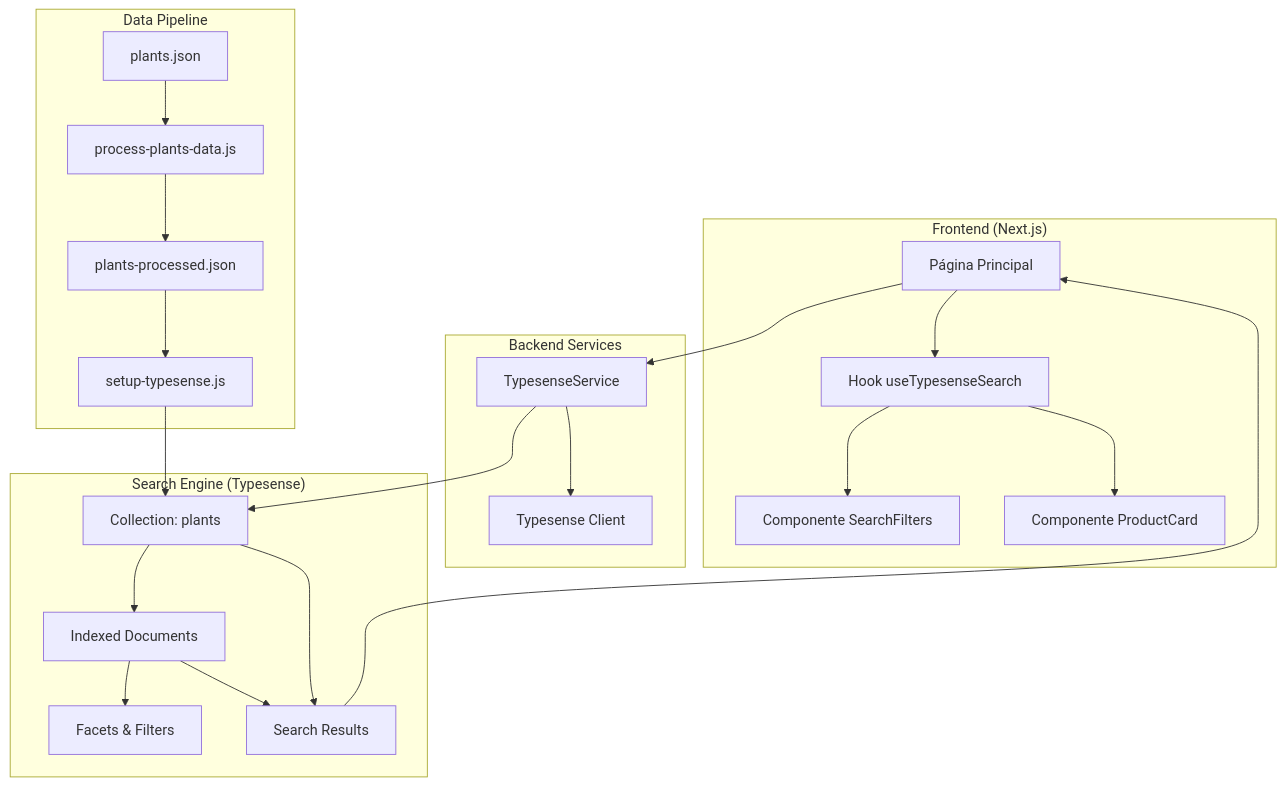
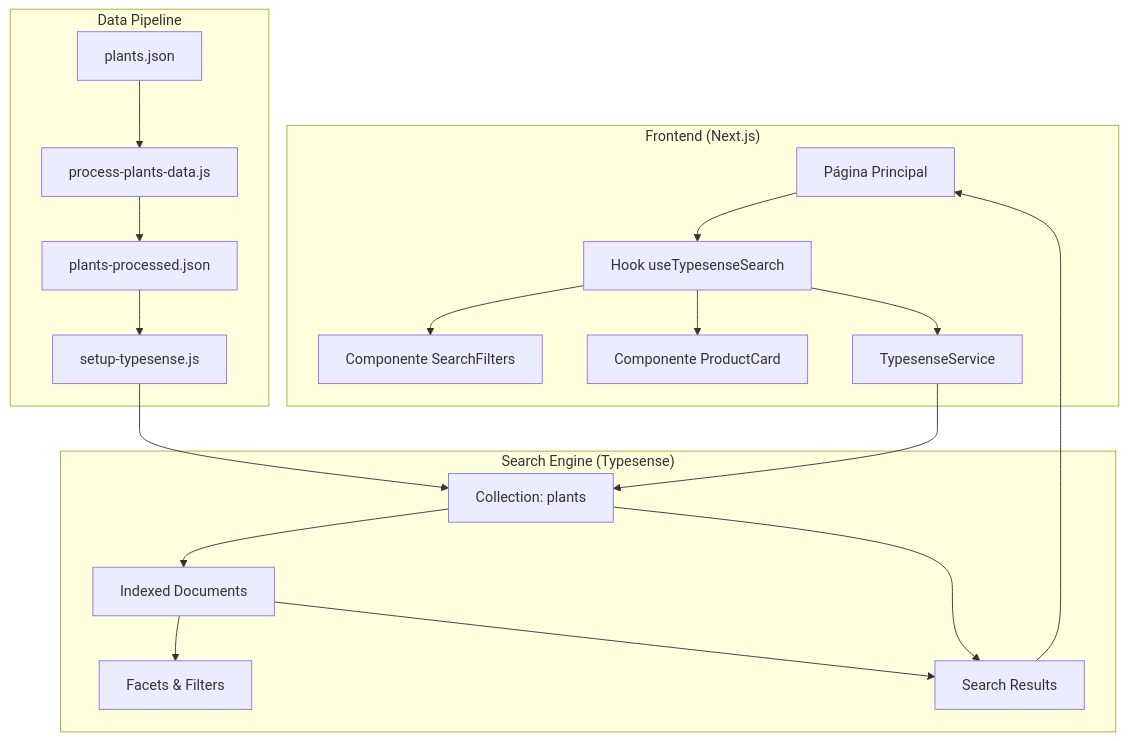
One commit to Guidotss/typesense-poc changed the first of 4 diagrams in README.md. Above: the diagram before and after it, drawn with Mermaid. The commit also changed other lines of this file, not shown here.

Commit message:
Update README.md to clarify data flow and system architecture for the Typesense search engine POC, including adjustments to the diagrams and sequence flow for improved readability.

````diff
--- a/README.md
+++ b/README.md
@@ -3,30 +3,26 @@
 ```mermaid
 graph TB
     subgraph "Frontend (Next.js)"
         A[Página Principal] --> B[Hook useTypesenseSearch]
         B --> C[Componente SearchFilters]
         B --> D[Componente ProductCard]
-    end
-    
-    subgraph "Backend Services"
-        E[TypesenseService] --> F[Typesense Client]
+        B --> E[TypesenseService]
     end
     
     subgraph "Search Engine (Typesense)"
-        G[Collection: plants] --> H[Indexed Documents]
-        H --> I[Facets & Filters]
-        H --> J[Search Results]
+        F[Collection: plants] --> G[Indexed Documents]
+        G --> H[Facets & Filters]
+        G --> I[Search Results]
     end
     
     subgraph "Data Pipeline"
-        K[plants.json] --> L[process-plants-data.js]
-        L --> M[plants-processed.json]
-        M --> N[setup-typesense.js]
-        N --> G
+        J[plants.json] --> K[process-plants-data.js]
+        K --> L[plants-processed.json]
+        L --> M[setup-typesense.js]
+        M --> F
     end
     
-    A --> E
-    E --> G
-    G --> J
-    J --> A
+    E --> F
+    F --> I
+    I --> A
 ```
````
